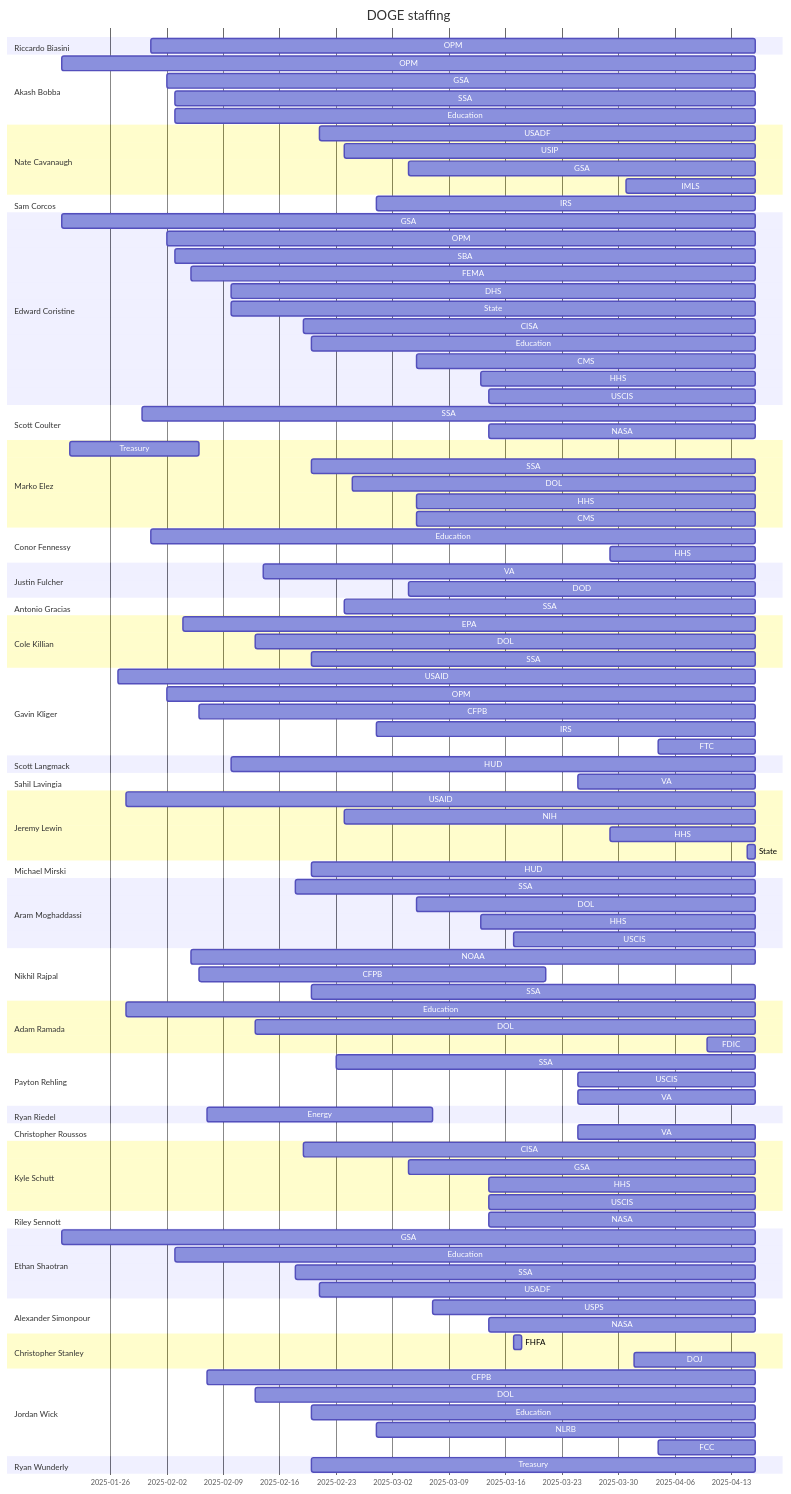
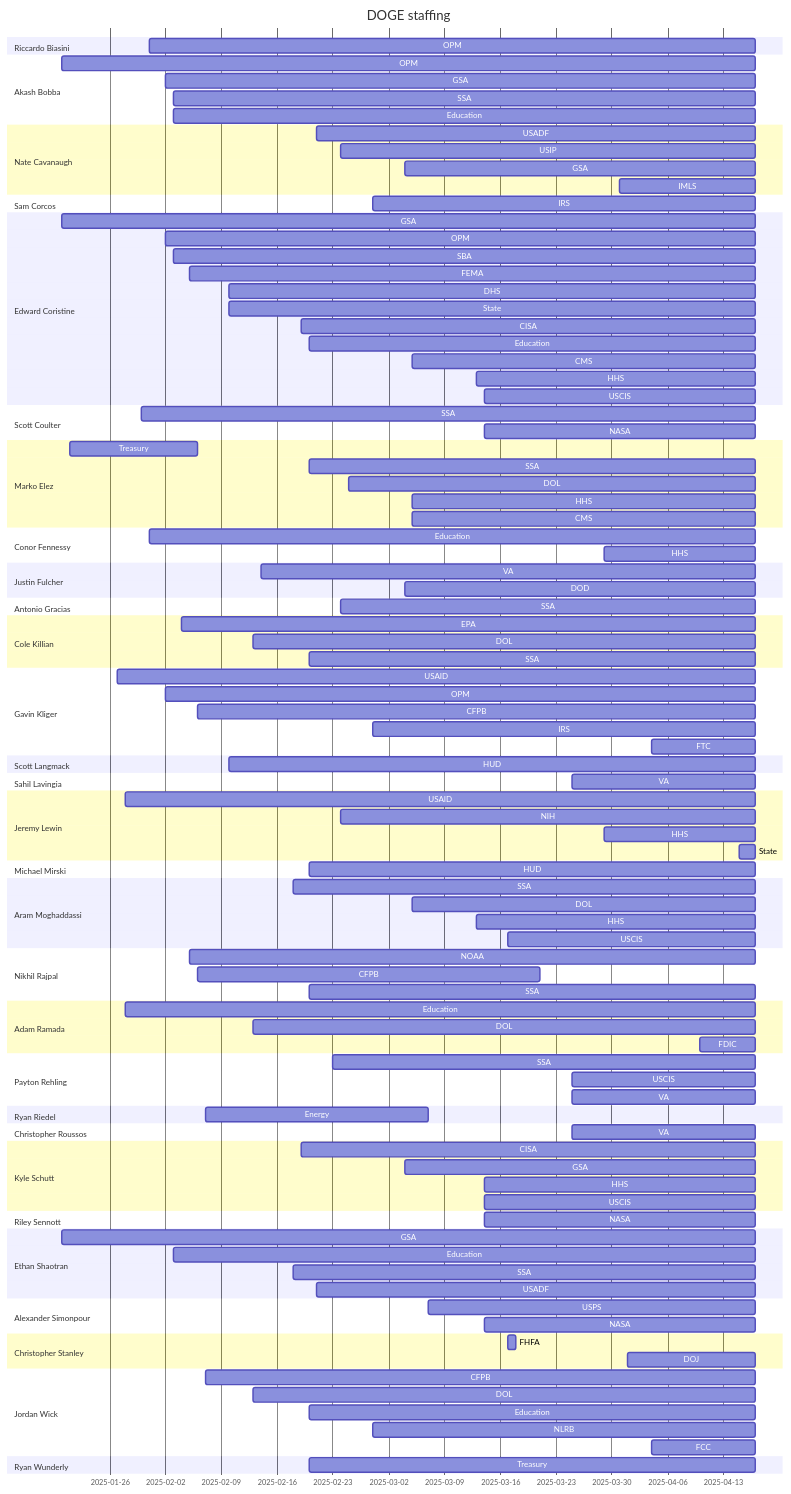
One commit to harrisj/trump_data changed the diagram in it_modernization/staffing_chart.md. Above: the diagram before and after it, drawn with Mermaid. The commit also changed 10 other files, not shown here.

````diff
--- a/it_modernization/staffing_chart.md
+++ b/it_modernization/staffing_chart.md
@@ -4,114 +4,114 @@
     todayMarker off
     dateFormat YYYY-MM-DD
     section Riccardo Biasini
-        OPM : 2025-01-31, 2025-04-16
+        OPM : 2025-01-31, 2025-04-17
     section Akash Bobba
-        OPM : 2025-01-20, 2025-04-16
-        GSA : 2025-02-02, 2025-04-16
-        SSA : 2025-02-03, 2025-04-16
-        Education : 2025-02-03, 2025-04-16
+        OPM : 2025-01-20, 2025-04-17
+        GSA : 2025-02-02, 2025-04-17
+        SSA : 2025-02-03, 2025-04-17
+        Education : 2025-02-03, 2025-04-17
     section Nate Cavanaugh
-        USADF : 2025-02-21, 2025-04-16
-        USIP : 2025-02-24, 2025-04-16
-        GSA : 2025-03-04, 2025-04-16
-        IMLS : 2025-03-31, 2025-04-16
+        USADF : 2025-02-21, 2025-04-17
+        USIP : 2025-02-24, 2025-04-17
+        GSA : 2025-03-04, 2025-04-17
+        IMLS : 2025-03-31, 2025-04-17
     section Sam Corcos
-        IRS : 2025-02-28, 2025-04-16
+        IRS : 2025-02-28, 2025-04-17
     section Edward Coristine
-        GSA : 2025-01-20, 2025-04-16
-        OPM : 2025-02-02, 2025-04-16
-        SBA : 2025-02-03, 2025-04-16
-        FEMA : 2025-02-05, 2025-04-16
-        DHS : 2025-02-10, 2025-04-16
-        State : 2025-02-10, 2025-04-16
-        CISA : 2025-02-19, 2025-04-16
-        Education : 2025-02-20, 2025-04-16
-        CMS : 2025-03-05, 2025-04-16
-        HHS : 2025-03-13, 2025-04-16
-        USCIS : 2025-03-14, 2025-04-16
+        GSA : 2025-01-20, 2025-04-17
+        OPM : 2025-02-02, 2025-04-17
+        SBA : 2025-02-03, 2025-04-17
+        FEMA : 2025-02-05, 2025-04-17
+        DHS : 2025-02-10, 2025-04-17
+        State : 2025-02-10, 2025-04-17
+        CISA : 2025-02-19, 2025-04-17
+        Education : 2025-02-20, 2025-04-17
+        CMS : 2025-03-05, 2025-04-17
+        HHS : 2025-03-13, 2025-04-17
+        USCIS : 2025-03-14, 2025-04-17
     section Scott Coulter
-        SSA : 2025-01-30, 2025-04-16
-        NASA : 2025-03-14, 2025-04-16
+        SSA : 2025-01-30, 2025-04-17
+        NASA : 2025-03-14, 2025-04-17
     section Marko Elez
         Treasury : 2025-01-21, 2025-02-06
-        SSA : 2025-02-20, 2025-04-16
-        DOL : 2025-02-25, 2025-04-16
-        HHS : 2025-03-05, 2025-04-16
-        CMS : 2025-03-05, 2025-04-16
+        SSA : 2025-02-20, 2025-04-17
+        DOL : 2025-02-25, 2025-04-17
+        HHS : 2025-03-05, 2025-04-17
+        CMS : 2025-03-05, 2025-04-17
     section Conor Fennessy
-        Education : 2025-01-31, 2025-04-16
-        HHS : 2025-03-29, 2025-04-16
+        Education : 2025-01-31, 2025-04-17
+        HHS : 2025-03-29, 2025-04-17
     section Justin Fulcher
-        VA : 2025-02-14, 2025-04-16
-        DOD : 2025-03-04, 2025-04-16
+        VA : 2025-02-14, 2025-04-17
+        DOD : 2025-03-04, 2025-04-17
     section Antonio Gracias
-        SSA : 2025-02-24, 2025-04-16
+        SSA : 2025-02-24, 2025-04-17
     section Cole Killian
-        EPA : 2025-02-04, 2025-04-16
-        DOL : 2025-02-13, 2025-04-16
-        SSA : 2025-02-20, 2025-04-16
+        EPA : 2025-02-04, 2025-04-17
+        DOL : 2025-02-13, 2025-04-17
+        SSA : 2025-02-20, 2025-04-17
     section Gavin Kliger
-        USAID : 2025-01-27, 2025-04-16
-        OPM : 2025-02-02, 2025-04-16
-        CFPB : 2025-02-06, 2025-04-16
-        IRS : 2025-02-28, 2025-04-16
-        FTC : 2025-04-04, 2025-04-16
+        USAID : 2025-01-27, 2025-04-17
+        OPM : 2025-02-02, 2025-04-17
+        CFPB : 2025-02-06, 2025-04-17
+        IRS : 2025-02-28, 2025-04-17
+        FTC : 2025-04-04, 2025-04-17
     section Scott Langmack
-        HUD : 2025-02-10, 2025-04-16
+        HUD : 2025-02-10, 2025-04-17
     section Sahil Lavingia
-        VA : 2025-03-25, 2025-04-16
+        VA : 2025-03-25, 2025-04-17
     section Jeremy Lewin
-        USAID : 2025-01-28, 2025-04-16
-        NIH : 2025-02-24, 2025-04-16
-        HHS : 2025-03-29, 2025-04-16
-        State : 2025-04-15, 2025-04-16
+        USAID : 2025-01-28, 2025-04-17
+        NIH : 2025-02-24, 2025-04-17
+        HHS : 2025-03-29, 2025-04-17
+        State : 2025-04-15, 2025-04-17
     section Michael Mirski
-        HUD : 2025-02-20, 2025-04-16
+        HUD : 2025-02-20, 2025-04-17
     section Aram Moghaddassi
-        SSA : 2025-02-18, 2025-04-16
-        DOL : 2025-03-05, 2025-04-16
-        HHS : 2025-03-13, 2025-04-16
-        USCIS : 2025-03-17, 2025-04-16
+        SSA : 2025-02-18, 2025-04-17
+        DOL : 2025-03-05, 2025-04-17
+        HHS : 2025-03-13, 2025-04-17
+        USCIS : 2025-03-17, 2025-04-17
     section Nikhil Rajpal
-        NOAA : 2025-02-05, 2025-04-16
+        NOAA : 2025-02-05, 2025-04-17
         CFPB : 2025-02-06, 2025-03-21
-        SSA : 2025-02-20, 2025-04-16
+        SSA : 2025-02-20, 2025-04-17
     section Adam Ramada
-        Education : 2025-01-28, 2025-04-16
-        DOL : 2025-02-13, 2025-04-16
-        FDIC : 2025-04-10, 2025-04-16
+        Education : 2025-01-28, 2025-04-17
+        DOL : 2025-02-13, 2025-04-17
+        FDIC : 2025-04-10, 2025-04-17
     section Payton Rehling
-        SSA : 2025-02-23, 2025-04-16
-        USCIS : 2025-03-25, 2025-04-16
-        VA : 2025-03-25, 2025-04-16
+        SSA : 2025-02-23, 2025-04-17
+        USCIS : 2025-03-25, 2025-04-17
+        VA : 2025-03-25, 2025-04-17
     section Ryan Riedel
         Energy : 2025-02-07, 2025-03-07
     section Christopher Roussos
-        VA : 2025-03-25, 2025-04-16
+        VA : 2025-03-25, 2025-04-17
     section Kyle Schutt
-        CISA : 2025-02-19, 2025-04-16
-        GSA : 2025-03-04, 2025-04-16
-        HHS : 2025-03-14, 2025-04-16
-        USCIS : 2025-03-14, 2025-04-16
+        CISA : 2025-02-19, 2025-04-17
+        GSA : 2025-03-04, 2025-04-17
+        HHS : 2025-03-14, 2025-04-17
+        USCIS : 2025-03-14, 2025-04-17
     section Riley Sennott
-        NASA : 2025-03-14, 2025-04-16
+        NASA : 2025-03-14, 2025-04-17
     section Ethan Shaotran
-        GSA : 2025-01-20, 2025-04-16
-        Education : 2025-02-03, 2025-04-16
-        SSA : 2025-02-18, 2025-04-16
-        USADF : 2025-02-21, 2025-04-16
+        GSA : 2025-01-20, 2025-04-17
+        Education : 2025-02-03, 2025-04-17
+        SSA : 2025-02-18, 2025-04-17
+        USADF : 2025-02-21, 2025-04-17
     section Alexander Simonpour
-        USPS : 2025-03-07, 2025-04-16
-        NASA : 2025-03-14, 2025-04-16
+        USPS : 2025-03-07, 2025-04-17
+        NASA : 2025-03-14, 2025-04-17
     section Christopher Stanley
         FHFA : 2025-03-17, 2025-03-18
-        DOJ : 2025-04-01, 2025-04-16
+        DOJ : 2025-04-01, 2025-04-17
     section Jordan Wick
-        CFPB : 2025-02-07, 2025-04-16
-        DOL : 2025-02-13, 2025-04-16
-        Education : 2025-02-20, 2025-04-16
-        NLRB : 2025-02-28, 2025-04-16
-        FCC : 2025-04-04, 2025-04-16
+        CFPB : 2025-02-07, 2025-04-17
+        DOL : 2025-02-13, 2025-04-17
+        Education : 2025-02-20, 2025-04-17
+        NLRB : 2025-02-28, 2025-04-17
+        FCC : 2025-04-04, 2025-04-17
     section Ryan Wunderly
-        Treasury : 2025-02-20, 2025-04-16
+        Treasury : 2025-02-20, 2025-04-17
 ```
````
